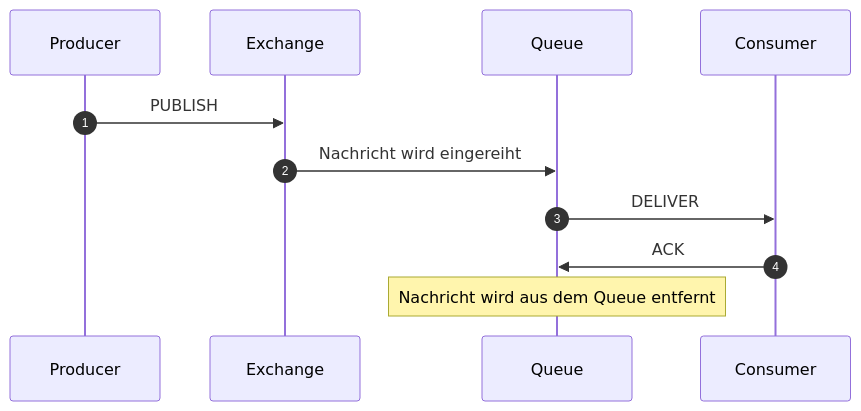
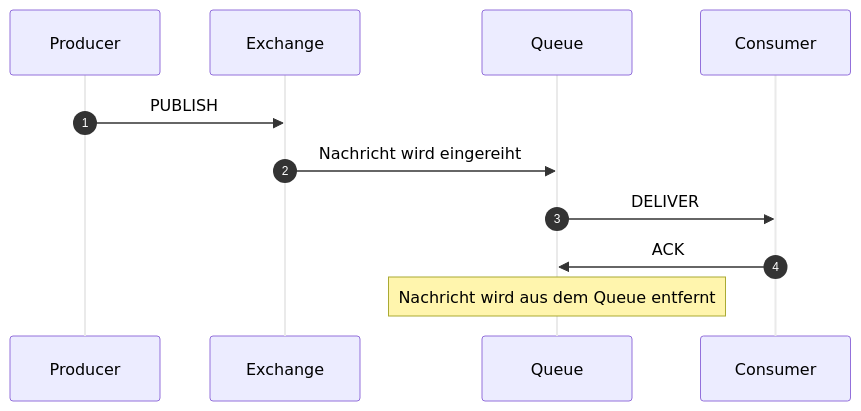
Before and after one commit to JadKHaddad/MT: the diagram in mermaid/amqp_seq.mmd, drawn with Mermaid. The commit also changed 31 other files, not shown here.

Commit message:
all mermaid diagrams now use gray lines

```diff
--- a/mermaid/amqp_seq.mmd
+++ b/mermaid/amqp_seq.mmd
@@ -1,12 +1,13 @@
+%%{init: { 'themeVariables': { 'actorLineColor': '#EAEAEA', 'signalTextColor': '#000000' } } }%%
 sequenceDiagram
     autonumber
     participant P as Producer
     participant E as Exchange
     participant Q as Queue
     participant C as Consumer
 
     P->>E: PUBLISH
     E->>Q: Nachricht wird eingereiht
     Q->>C: DELIVER
     C->>Q: ACK
     Note over Q: Nachricht wird aus dem Queue entfernt
```
